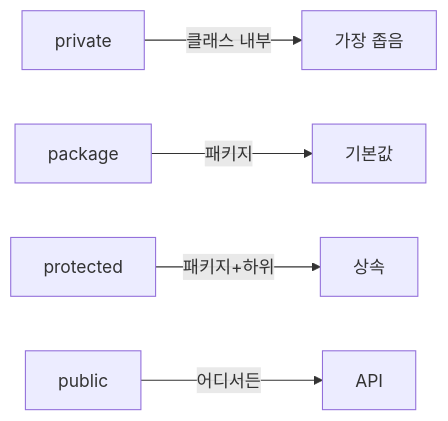
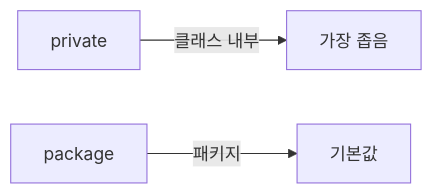
One commit to yjkim2015/yjkim2015.github.io changed the first of 6 diagrams in _posts/effective_java/2026-05-03-effective-java-classes-interfaces.md. Above: the diagram before and after it, drawn with Mermaid. The commit also changed 132 other files, not shown here.

First line of the commit message:
Mermaid 다이어그램 가독성 정리: 단순 제거, 노드 축소, TD→LR 변환

````diff
--- a/_posts/effective_java/2026-05-03-effective-java-classes-interfaces.md
+++ b/_posts/effective_java/2026-05-03-effective-java-classes-interfaces.md
@@ -30,7 +30,5 @@
 ```mermaid
 graph LR
     A["private"] -->|"클래스 내부"| B["가장 좁음"]
     C["package"] -->|"패키지"| D["기본값"]
-    E["protected"] -->|"패키지+하위"| F["상속"]
-    G["public"] -->|"어디서든"| H["API"]
 ```
````
